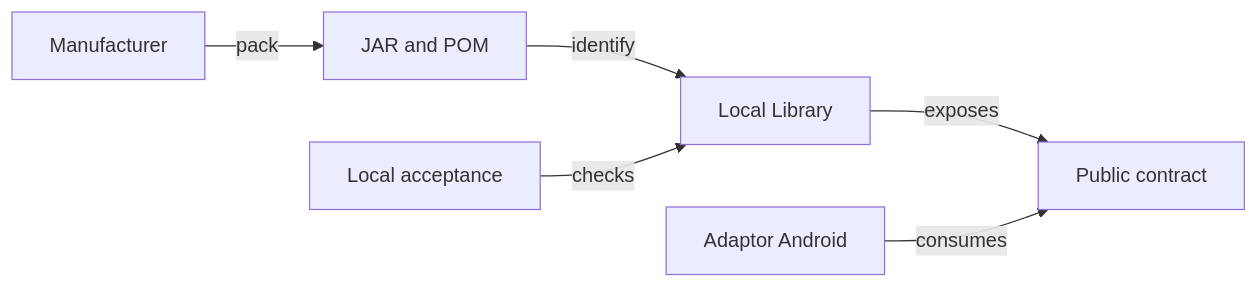
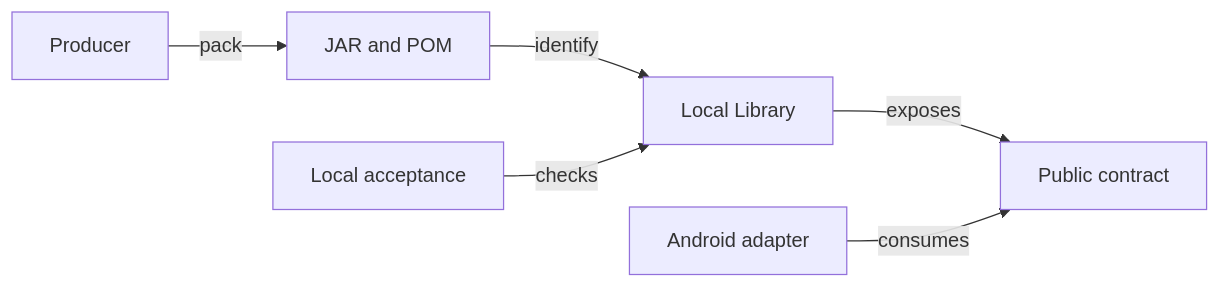
The diagram in docs/platform/README.md (crististefanita/atf_j4), drawn with Mermaid before and after one commit. The commit also changed other lines of this file and 126 other files, not shown here.

````diff
--- a/docs/platform/README.md
+++ b/docs/platform/README.md
@@ -16,8 +16,8 @@
 ```mermaid
 flowchart LR
-    PRODUCER[Manufacturer] -->|pack| PAIR[JAR and POM]
+    PRODUCER[Producer] -->|pack| PAIR[JAR and POM]
     PAIR -->|identify| LIB[Local Library]
     LIB -->|exposes| API[Public contract]
-    ADAPTER[Adaptor Android] -->|consumes| API
+    ADAPTER[Android adapter] -->|consumes| API
     CHECK[Local acceptance] -->|checks| LIB
 ```
````
